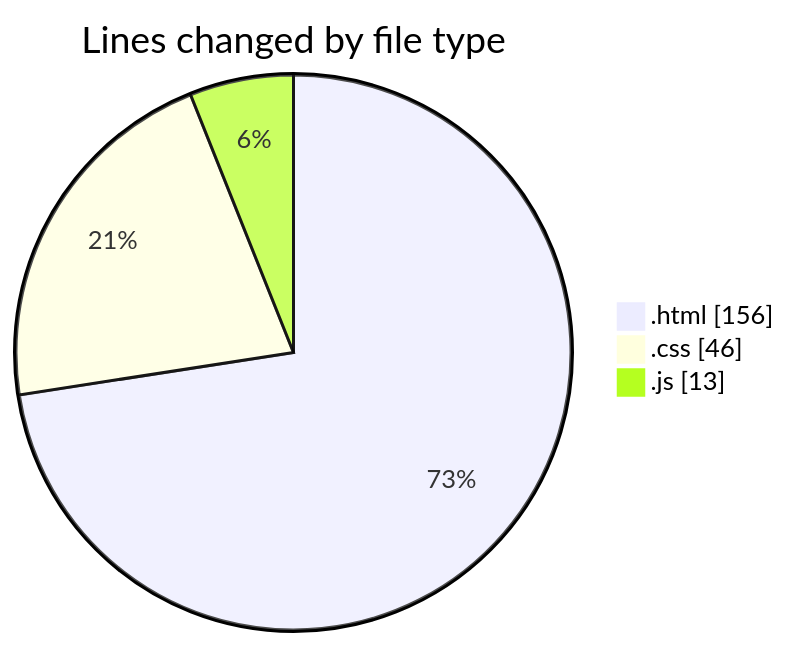
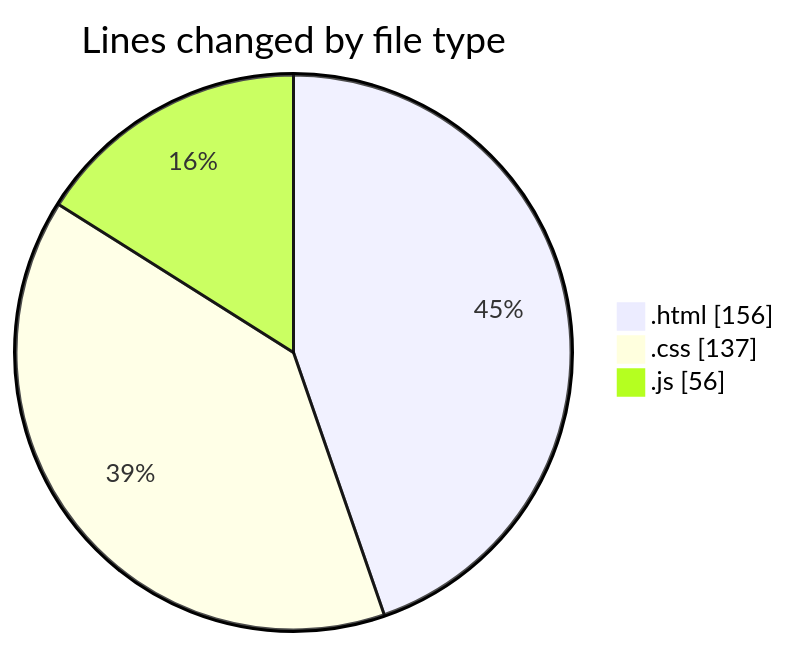
Before and after one commit to IJAZ3593/code-tracking: the first of 2 diagrams in 2025-09-01/project_2/README.md, drawn with Mermaid. The commit also changed other lines of this file and 1 other file, not shown here.

````diff
--- a/2025-09-01/project_2/README.md
+++ b/2025-09-01/project_2/README.md
@@ -25,7 +27,7 @@
 ```mermaid
 pie showData
 title Lines changed by file type
 ".html" : 156
-".css" : 46
-".js" : 13
+".css" : 137
+".js" : 56
 ```
````
